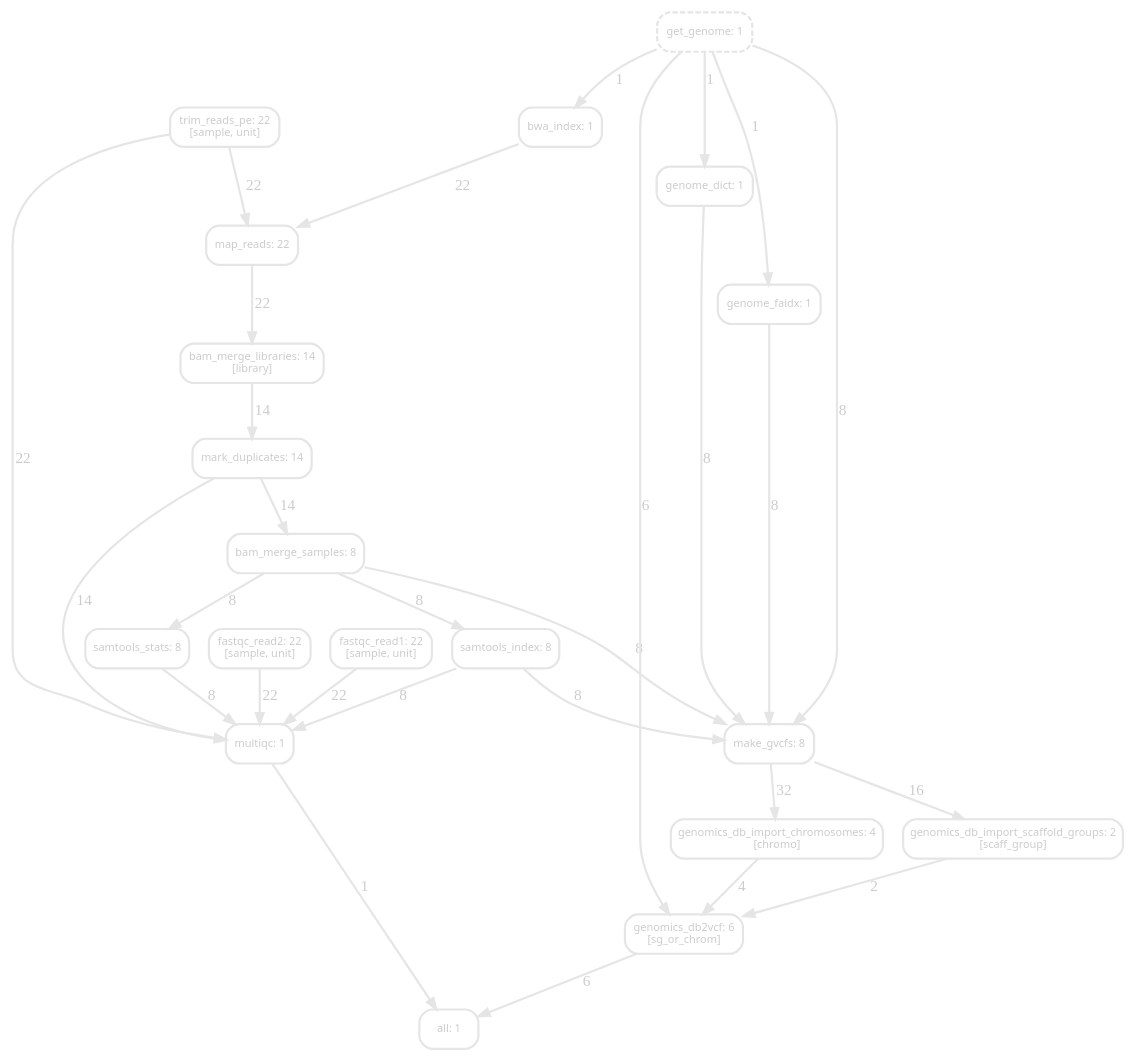
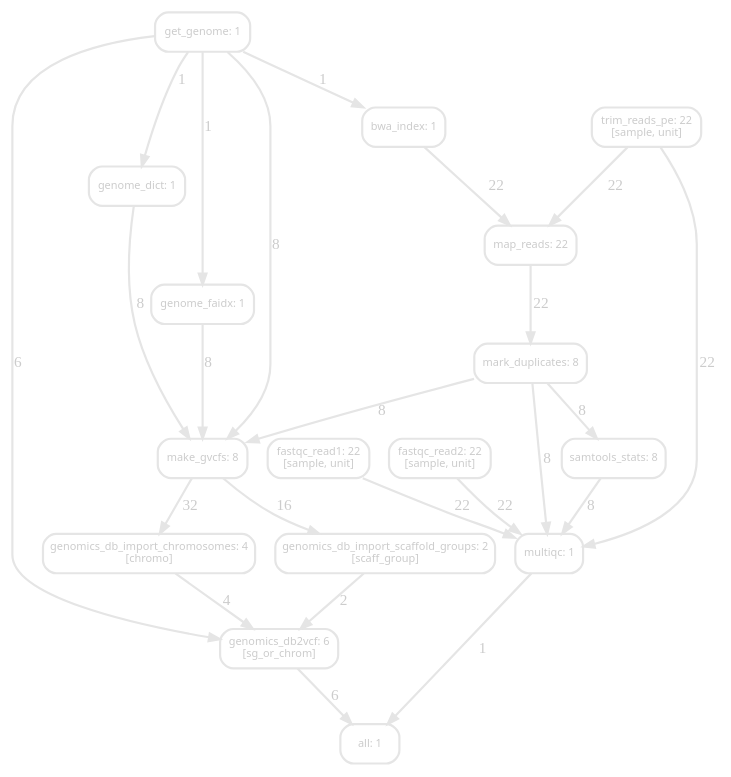
Before and after one commit to ambuvjyn/eca-bioinf-handbook: the diagram in figure-creation/non-model-wgs-workflow-dags/gray-dag.dot, drawn with Graphviz. The commit also changed 52 other files, not shown here.

```diff
--- a/figure-creation/non-model-wgs-workflow-dags/gray-dag.dot
+++ b/figure-creation/non-model-wgs-workflow-dags/gray-dag.dot
@@ -1,52 +1,44 @@
 digraph snakemake_dag {
     graph[bgcolor=white, margin=0];
     node[shape=box, style=rounded, fontname=sans,  color="gray90",  fontcolor="gray80",  fontsize=10, penwidth=2];
     edge[penwidth=2, color="gray90", fontcolor="gray80"];
-    1[label = "bam_merge_libraries: 14\n[library]", style="rounded"];
-    2[label = "bam_merge_samples: 8", style="rounded"];
-    3[label = "bwa_index: 1", style="rounded"];
-    4[label = "fastqc_read1: 22\n[sample, unit]", style="rounded"];
-    5[label = "fastqc_read2: 22\n[sample, unit]", style="rounded"];
-    6[label = "genome_dict: 1", style="rounded"];
-    7[label = "genome_faidx: 1", style="rounded"];
-    8[label = "genomics_db_import_chromosomes: 4\n[chromo]", style="rounded"];
-    9[label = "genomics_db_import_scaffold_groups: 2\n[scaff_group]", style="rounded"];
-    10[label = "genomics_db2vcf: 6\n[sg_or_chrom]", style="rounded"];
-    11[label = "get_genome: 1", style="rounded,dashed"];
-    12[label = "make_gvcfs: 8", style="rounded"];
-    13[label = "map_reads: 22", style="rounded"];
-    14[label = "mark_duplicates: 14", style="rounded"];
-    15[label = "multiqc: 1", style="rounded"];
-    16[label = "samtools_index: 8", style="rounded"];
-    17[label = "samtools_stats: 8", style="rounded"];
-    18[label = "trim_reads_pe: 22\n[sample, unit]", style="rounded"];
-    19[label = "all: 1", style="rounded"];
-    1 -> 14 [label = "14"];
-    2 -> 12 [label = "8"];
-    2 -> 16 [label = "8"];
-    2 -> 17 [label = "8"];
+    1[label = "bwa_index: 1", style="rounded"];
+    2[label = "fastqc_read1: 22\n[sample, unit]", style="rounded"];
+    3[label = "fastqc_read2: 22\n[sample, unit]", style="rounded"];
+    4[label = "genome_dict: 1", style="rounded"];
+    5[label = "genome_faidx: 1", style="rounded"];
+    6[label = "genomics_db_import_chromosomes: 4\n[chromo]", style="rounded"];
+    7[label = "genomics_db_import_scaffold_groups: 2\n[scaff_group]", style="rounded"];
+    8[label = "genomics_db2vcf: 6\n[sg_or_chrom]", style="rounded"];
+    9[label = "get_genome: 1", style="rounded"];
+    10[label = "make_gvcfs: 8", style="rounded"];
+    11[label = "map_reads: 22", style="rounded"];
+    12[label = "mark_duplicates: 8", style="rounded"];
+    13[label = "multiqc: 1", style="rounded"];
+    14[label = "samtools_stats: 8", style="rounded"];
+    15[label = "trim_reads_pe: 22\n[sample, unit]", style="rounded"];
+    16[label = "all: 1", style="rounded"];
+    1 -> 11 [label = "22"];
+    2 -> 13 [label = "22"];
     3 -> 13 [label = "22"];
-    4 -> 15 [label = "22"];
-    5 -> 15 [label = "22"];
-    6 -> 12 [label = "8"];
-    7 -> 12 [label = "8"];
-    8 -> 10 [label = "4"];
-    9 -> 10 [label = "2"];
-    10 -> 19 [label = "6"];
-    11 -> 3 [label = "1"];
-    11 -> 6 [label = "1"];
-    11 -> 7 [label = "1"];
-    11 -> 10 [label = "6"];
-    11 -> 12 [label = "8"];
-    12 -> 8 [label = "32"];
-    12 -> 9 [label = "16"];
-    13 -> 1 [label = "22"];
-    14 -> 2 [label = "14"];
-    14 -> 15 [label = "14"];
-    15 -> 19 [label = "1"];
-    16 -> 12 [label = "8"];
-    16 -> 15 [label = "8"];
-    17 -> 15 [label = "8"];
-    18 -> 13 [label = "22"];
-    18 -> 15 [label = "22"];
+    4 -> 10 [label = "8"];
+    5 -> 10 [label = "8"];
+    6 -> 8 [label = "4"];
+    7 -> 8 [label = "2"];
+    8 -> 16 [label = "6"];
+    9 -> 1 [label = "1"];
+    9 -> 4 [label = "1"];
+    9 -> 5 [label = "1"];
+    9 -> 8 [label = "6"];
+    9 -> 10 [label = "8"];
+    10 -> 6 [label = "32"];
+    10 -> 7 [label = "16"];
+    11 -> 12 [label = "22"];
+    12 -> 10 [label = "8"];
+    12 -> 13 [label = "8"];
+    12 -> 14 [label = "8"];
+    13 -> 16 [label = "1"];
+    14 -> 13 [label = "8"];
+    15 -> 11 [label = "22"];
+    15 -> 13 [label = "22"];
 }
```
